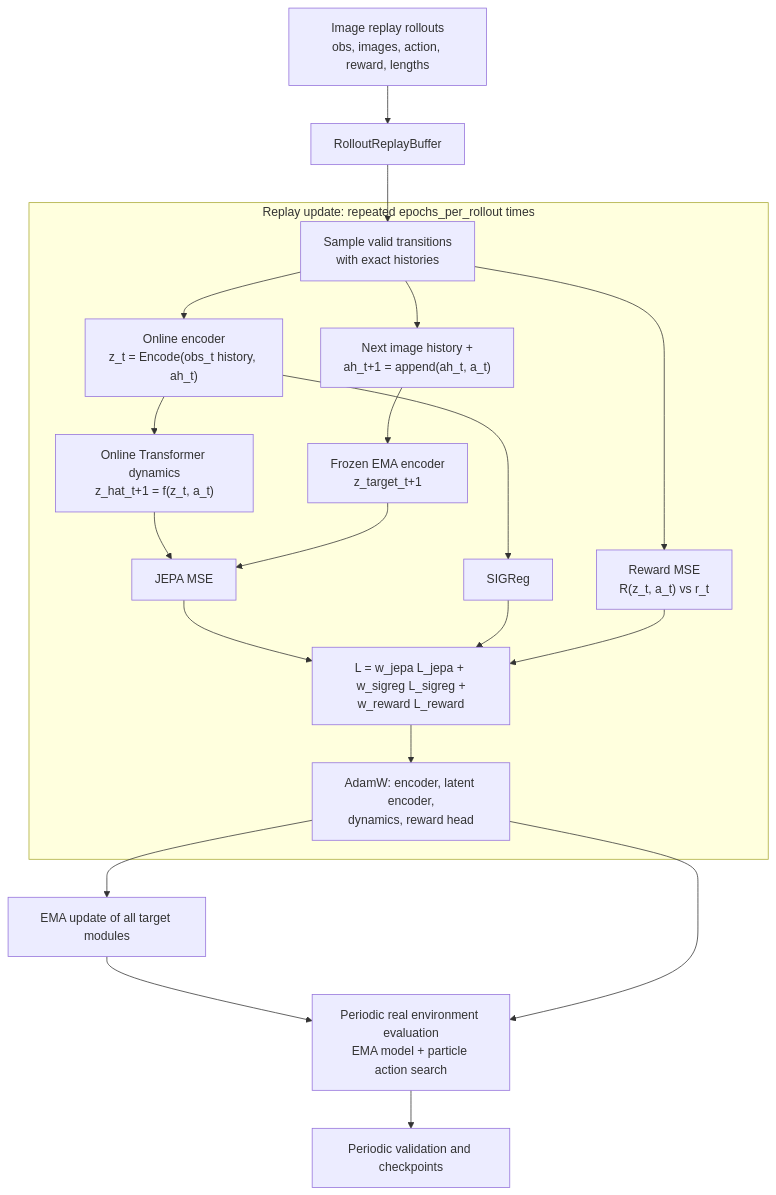
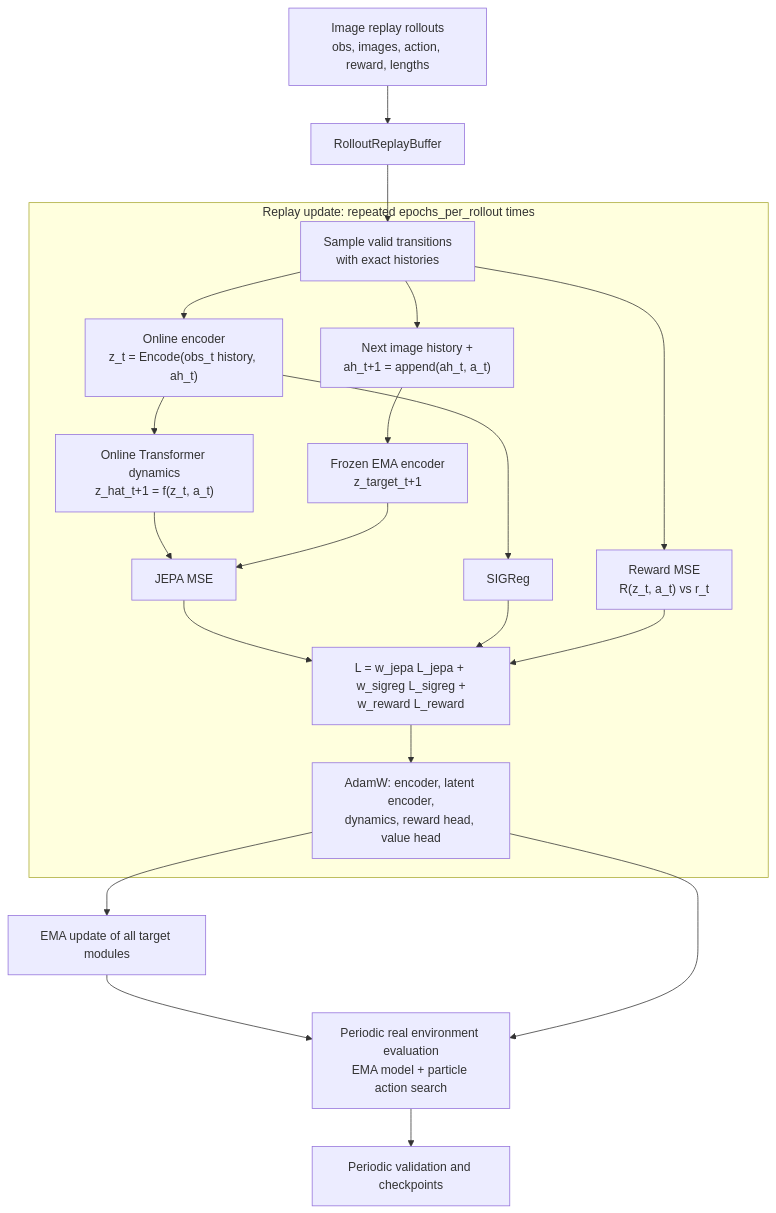
One commit to IBNBlank/piece_of_wm changed the first of 2 diagrams in tdmpc_like/TRAINING_LOGIC.md. Above: the diagram before and after it, drawn with Mermaid. The commit also changed other lines of this file and 21 other files, not shown here.

````diff
--- a/tdmpc_like/TRAINING_LOGIC.md
+++ b/tdmpc_like/TRAINING_LOGIC.md
@@ -7,26 +7,26 @@
 ```mermaid
 flowchart TD
     DATA["Image replay rollouts<br/>obs, images, action, reward, lengths"] --> BUFFER["RolloutReplayBuffer"]
     BUFFER --> SAMPLE["Sample valid transitions<br/>with exact histories"]
 
     subgraph ReplayUpdate[Replay update: repeated epochs_per_rollout times]
         SAMPLE --> ONLINE["Online encoder<br/>z_t = Encode(obs_t history, ah_t)"]
         ONLINE --> DYN["Online Transformer dynamics<br/>z_hat_t+1 = f(z_t, a_t)"]
         SAMPLE --> TARGET_INPUT["Next image history +<br/>ah_t+1 = append(ah_t, a_t)"]
         TARGET_INPUT --> TARGET["Frozen EMA encoder<br/>z_target_t+1"]
         DYN --> JEPA["JEPA MSE"]
         TARGET --> JEPA
         ONLINE --> SIGREG["SIGReg"]
         SAMPLE --> REWARD["Reward MSE<br/>R(z_t, a_t) vs r_t"]
         JEPA --> TOTAL["L = w_jepa L_jepa + w_sigreg L_sigreg +<br/>w_reward L_reward"]
         SIGREG --> TOTAL
         REWARD --> TOTAL
-        TOTAL --> WORLD_OPT["AdamW: encoder, latent encoder,<br/>dynamics, reward head"]
+        TOTAL --> WORLD_OPT["AdamW: encoder, latent encoder,<br/>dynamics, reward head, value head"]
     end
 
     WORLD_OPT --> EMA1["EMA update of all target modules"]
     EMA1 --> ONLINE_EPISODE
 
     WORLD_OPT --> ONLINE_EPISODE["Periodic real environment evaluation<br/>EMA model + particle action search"]
     ONLINE_EPISODE --> CHECK["Periodic validation and checkpoints"]
 ```
````
